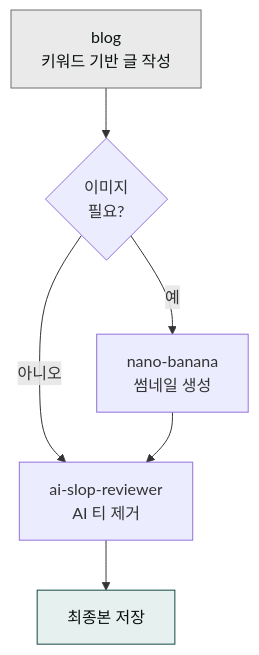
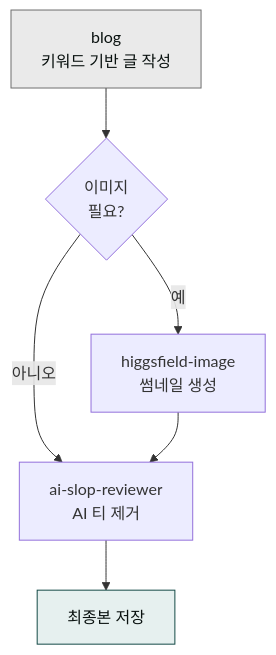
One commit to modu-ai/claude changed the diagram in content/cookbook/blog-pipeline.md. Above: the diagram before and after it, drawn with Mermaid. The commit also changed other lines of this file and 17 other files, not shown here.

````diff
--- a/content/cookbook/blog-pipeline.md
+++ b/content/cookbook/blog-pipeline.md
@@ -10,11 +10,11 @@
 ```mermaid
 flowchart TD
     A["blog<br/>키워드 기반 글 작성"] --> B{"이미지<br/>필요?"}
-    B -- "예" --> C["nano-banana<br/>썸네일 생성"]
+    B -- "예" --> C["higgsfield-image<br/>썸네일 생성"]
     B -- "아니오" --> D["ai-slop-reviewer<br/>AI 티 제거"]
     C --> D
     D --> E["최종본 저장"]
 
     style A fill:#eaeaea,stroke:#6e6e6e,color:#09110f
     style E fill:#e6f0ef,stroke:#144a46,color:#09110f
 ```
````
